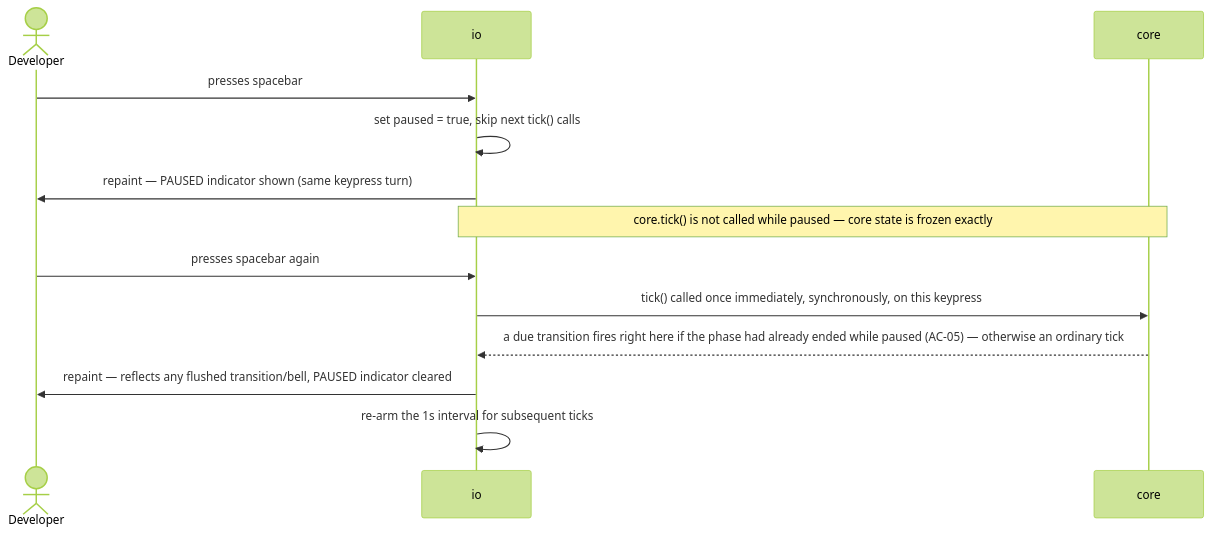
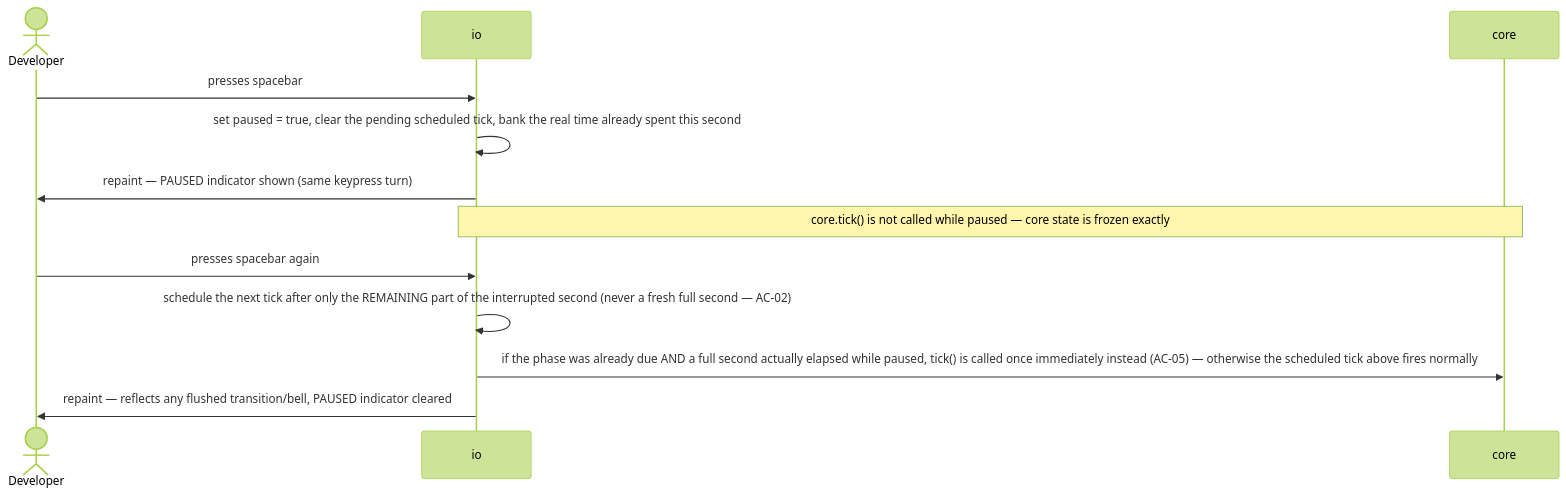
The third of 7 diagrams in docs/features/pause-resume/sad.md (yanvit/cli-pomodoro-tool), drawn with Mermaid (forest theme) before and after one commit. The commit also changed other lines of this file and 6 other files, not shown here.

````diff
--- a/docs/features/pause-resume/sad.md
+++ b/docs/features/pause-resume/sad.md
@@ -137,15 +137,14 @@
 ```mermaid
 sequenceDiagram
     actor Developer
     participant io
     participant core
     Developer->>io: presses spacebar
-    io->>io: set paused = true, skip next tick() calls
+    io->>io: set paused = true, clear the pending scheduled tick, bank the real time already spent this second
     io->>Developer: repaint — PAUSED indicator shown (same keypress turn)
     Note over io,core: core.tick() is not called while paused — core state is frozen exactly
     Developer->>io: presses spacebar again
-    io->>core: tick() called once immediately, synchronously, on this keypress
-    core-->>io: a due transition fires right here if the phase had already ended while paused (AC-05) — otherwise an ordinary tick
+    io->>io: schedule the next tick after only the REMAINING part of the interrupted second (never a fresh full second — AC-02)
+    io->>core: if the phase was already due AND a full second actually elapsed while paused, tick() is called once immediately instead (AC-05) — otherwise the scheduled tick above fires normally
     io->>Developer: repaint — reflects any flushed transition/bell, PAUSED indicator cleared
-    io->>io: re-arm the 1s interval for subsequent ticks
 ```
````
